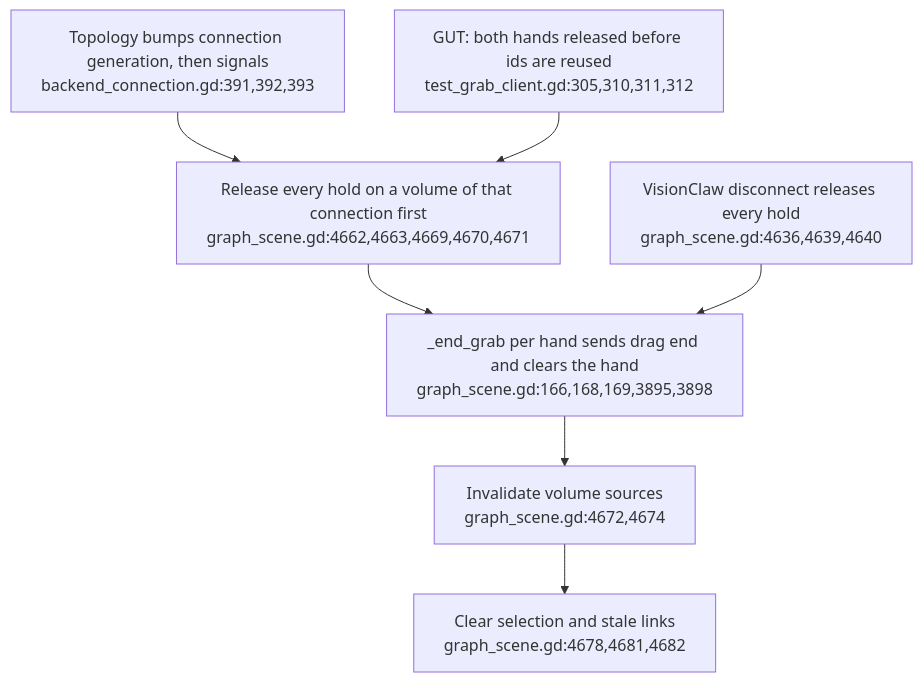
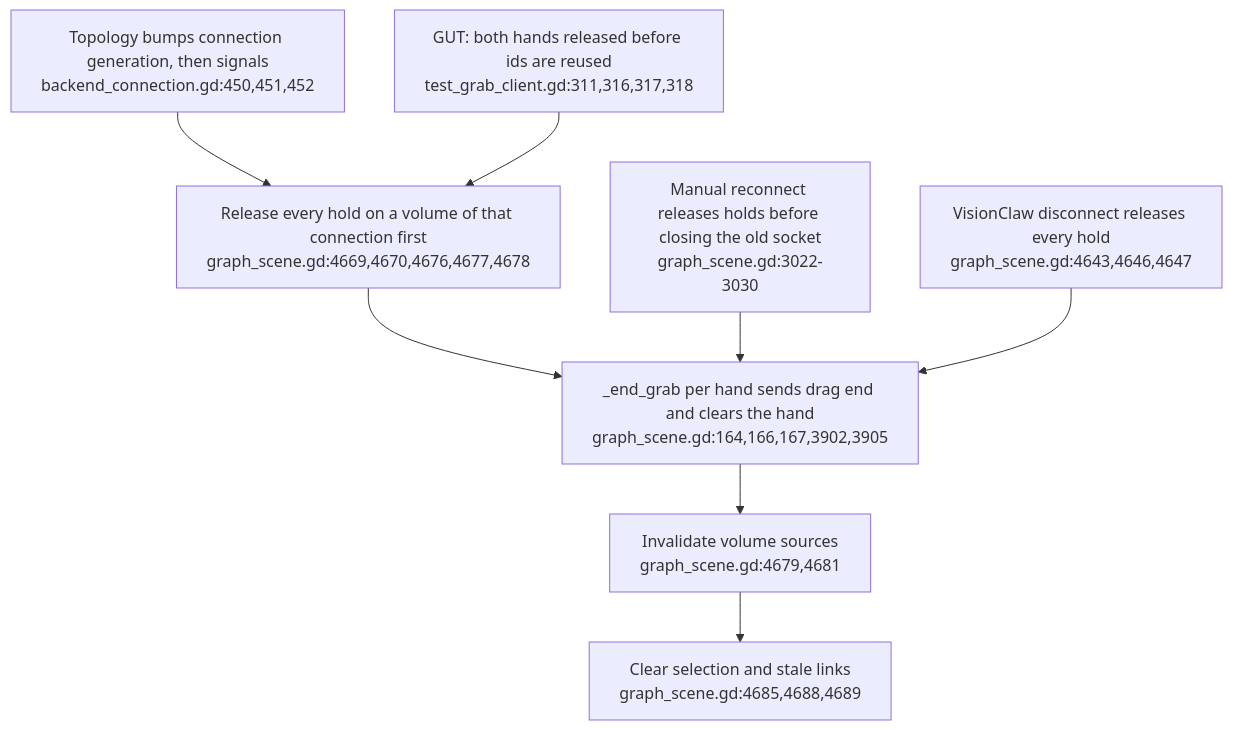
One commit to DreamLab-AI/VisionFlow changed the second of 6 diagrams in docs/diagrams/visionclaw/53-xr-grab-lifetimes-and-input.md. Above: the diagram before and after it, drawn with Mermaid. The commit also changed other lines of this file and 24 other files, not shown here.

Commit message:
docs: align XR liveness, filtering and rendering diagrams (#33)

````diff
--- a/docs/diagrams/visionclaw/53-xr-grab-lifetimes-and-input.md
+++ b/docs/diagrams/visionclaw/53-xr-grab-lifetimes-and-input.md
@@ -41,9 +41,10 @@
 ```mermaid
 flowchart TD
-    GEN["Topology bumps connection generation, then signals<br/>backend_connection.gd:391,392,393"] --> RELEASE["Release every hold on a volume of that connection first<br/>graph_scene.gd:4662,4663,4669,4670,4671"]
-    RELEASE --> END["_end_grab per hand sends drag end and clears the hand<br/>graph_scene.gd:166,168,169,3895,3898"]
-    END --> SOURCE["Invalidate volume sources<br/>graph_scene.gd:4672,4674"]
-    SOURCE --> CLEAR["Clear selection and stale links<br/>graph_scene.gd:4678,4681,4682"]
-    DROP["VisionClaw disconnect releases every hold<br/>graph_scene.gd:4636,4639,4640"] --> END
-    TEST["GUT: both hands released before ids are reused<br/>test_grab_client.gd:305,310,311,312"] --> RELEASE
+    GEN["Topology bumps connection generation, then signals<br/>backend_connection.gd:450,451,452"] --> RELEASE["Release every hold on a volume of that connection first<br/>graph_scene.gd:4669,4670,4676,4677,4678"]
+    RELEASE --> END["_end_grab per hand sends drag end and clears the hand<br/>graph_scene.gd:164,166,167,3902,3905"]
+    END --> SOURCE["Invalidate volume sources<br/>graph_scene.gd:4679,4681"]
+    SOURCE --> CLEAR["Clear selection and stale links<br/>graph_scene.gd:4685,4688,4689"]
+    SWAP["Manual reconnect releases holds before closing the old socket<br/>graph_scene.gd:3022-3030"] --> END
+    DROP["VisionClaw disconnect releases every hold<br/>graph_scene.gd:4643,4646,4647"] --> END
+    TEST["GUT: both hands released before ids are reused<br/>test_grab_client.gd:311,316,317,318"] --> RELEASE
 ```
````
